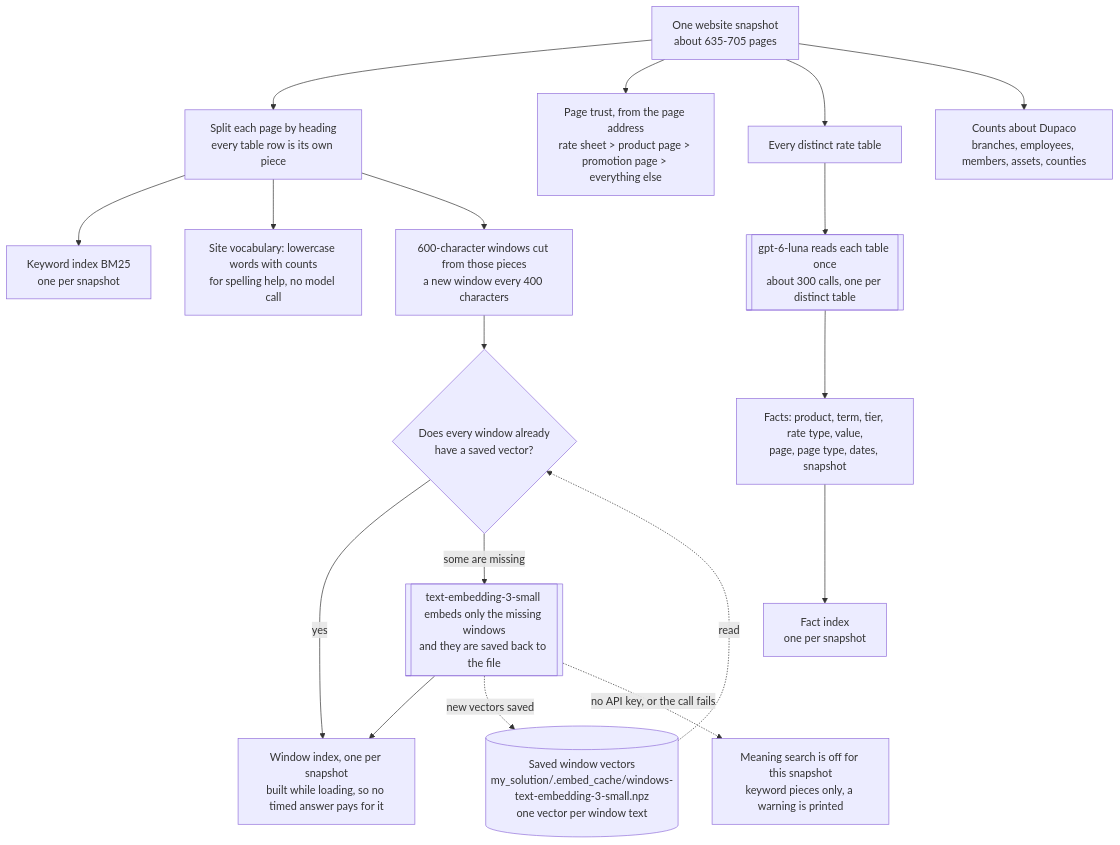
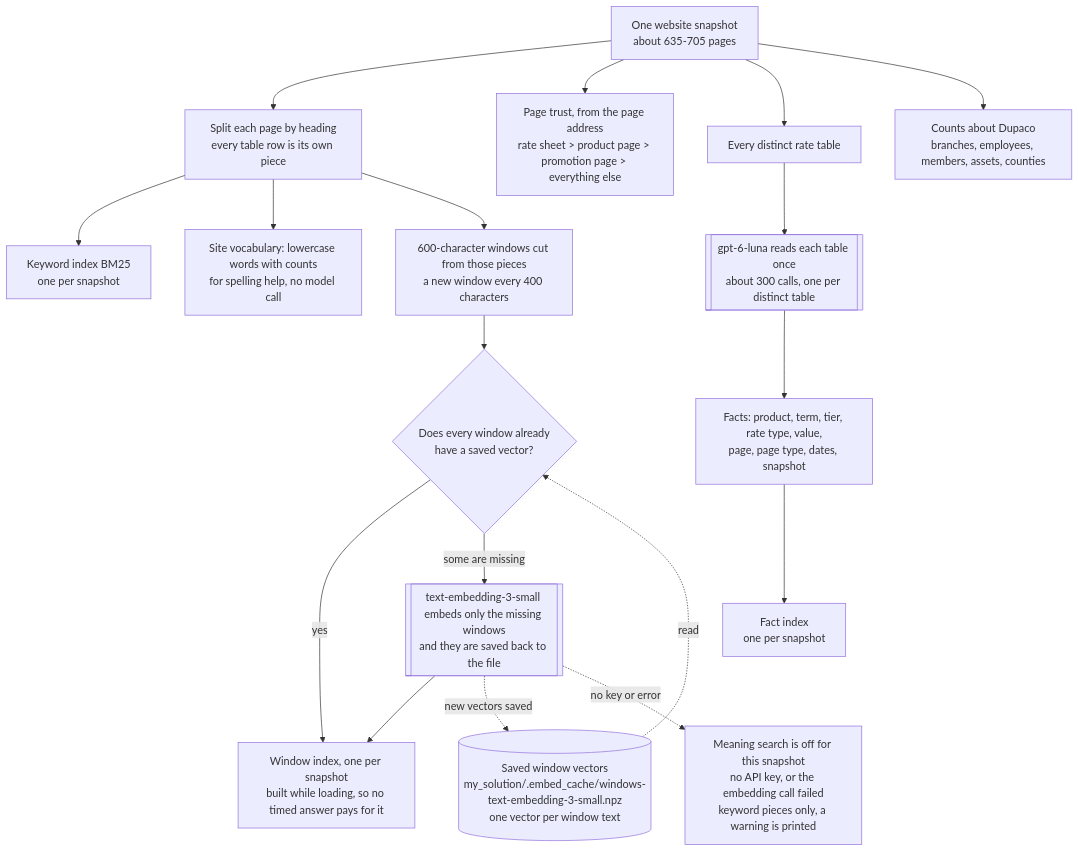
Before and after one commit to ajayp/interface-submission: the first of 4 diagrams in workflow.md, drawn with Mermaid. The commit also changed other lines of this file and 1 other file, not shown here.

First line of the commit message:
Docs: shorten long Mermaid edge labels in workflow.md and README.md

````diff
--- a/workflow.md
+++ b/workflow.md
@@ -10,20 +10,20 @@
 ```mermaid
 flowchart TD
     S[One website snapshot<br/>about 635-705 pages] --> SPLIT[Split each page by heading<br/>every table row is its own piece]
     SPLIT --> BM[Keyword index BM25<br/>one per snapshot]
     SPLIT --> VOC[Site vocabulary: lowercase words with counts<br/>for spelling help, no model call]
     S --> RANK[Page trust, from the page address<br/>rate sheet > product page > promotion page > everything else]
     S --> TABLES[Every distinct rate table]
     TABLES --> LLM1[[gpt-6-luna reads each table once<br/>about 300 calls, one per distinct table]]
     LLM1 --> FACTS[Facts: product, term, tier, rate type, value,<br/>page, page type, dates, snapshot]
     FACTS --> FIDX[Fact index<br/>one per snapshot]
     S --> COUNTS[Counts about Dupaco<br/>branches, employees, members, assets, counties]
     SPLIT --> WIN[600-character windows cut from those pieces<br/>a new window every 400 characters]
     CACHE[(Saved window vectors<br/>my_solution/.embed_cache/windows-text-embedding-3-small.npz<br/>one vector per window text)] -.read.-> CHK
     WIN --> CHK{Does every window already<br/>have a saved vector?}
     CHK -- yes --> WIDX[Window index, one per snapshot<br/>built while loading, so no timed answer pays for it]
     CHK -- some are missing --> EMB[[text-embedding-3-small embeds only the missing windows<br/>and they are saved back to the file]]
     EMB --> WIDX
     EMB -.->|new vectors saved| CACHE
-    EMB -.->|no API key, or the call fails| OFF[Meaning search is off for this snapshot<br/>keyword pieces only, a warning is printed]
+    EMB -.->|no key or error| OFF[Meaning search is off for this snapshot<br/>no API key, or the embedding call failed<br/>keyword pieces only, a warning is printed]
 ```
````
